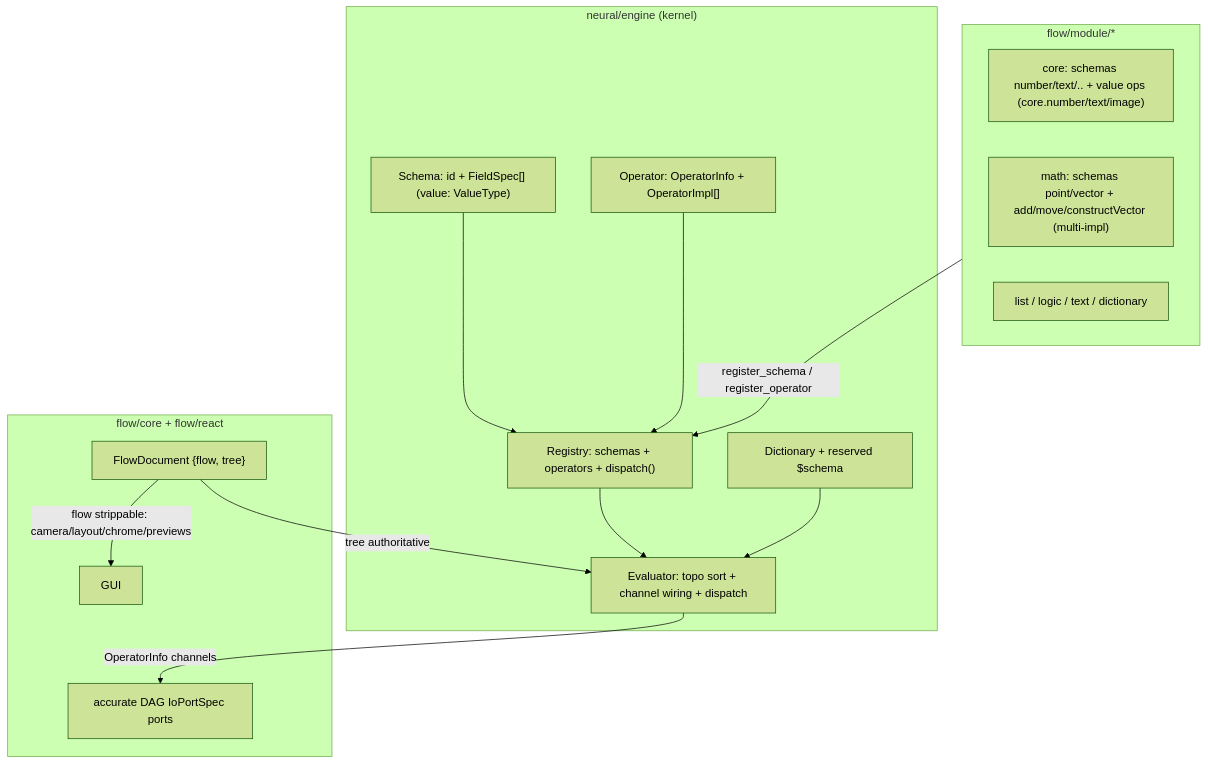
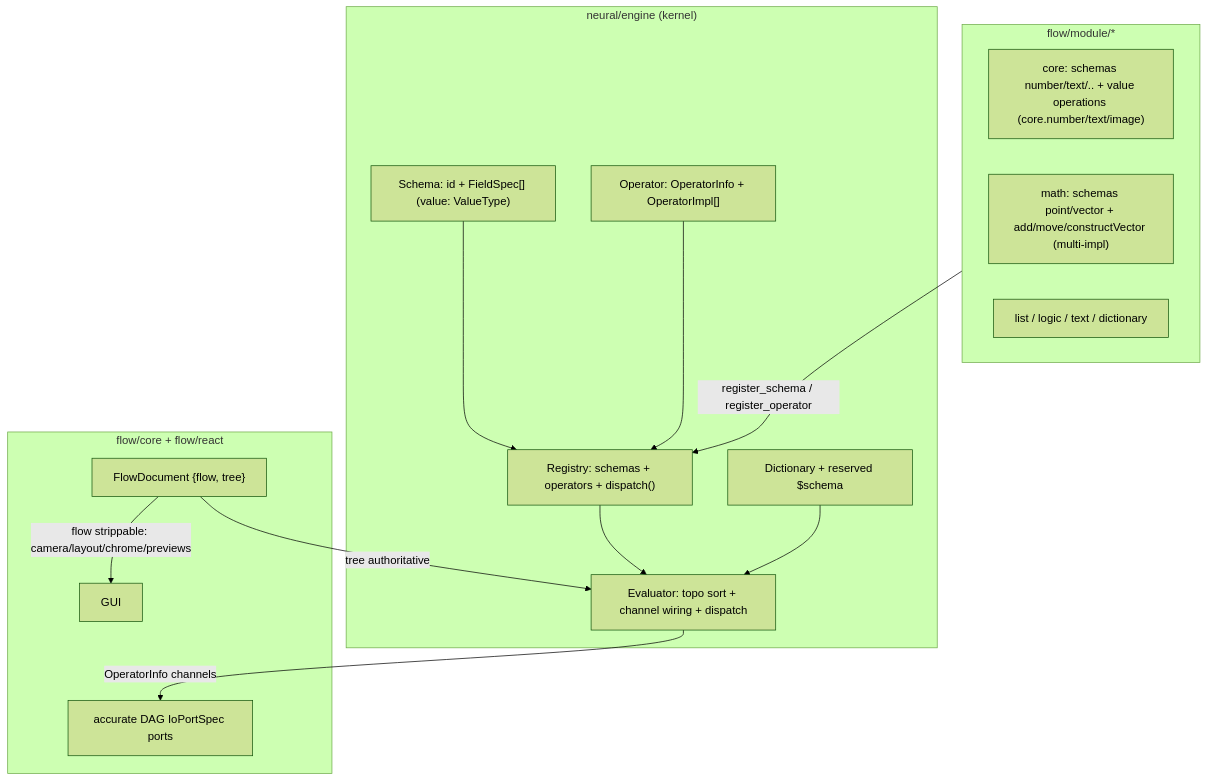
The diagram in .cursor/plans/neural_schemas_and_operators_f692e604.plan.md (usalu/semio), drawn with Mermaid (forest theme) before and after one commit. The commit also changed other lines of this file and 513 other files, not shown here.

````diff
--- a/.cursor/plans/neural_schemas_and_operators_f692e604.plan.md
+++ b/.cursor/plans/neural_schemas_and_operators_f692e604.plan.md
@@ -53,26 +53,26 @@
 ```mermaid
 flowchart TB
   subgraph neural["neural/engine (kernel)"]
     Schema["Schema: id + FieldSpec[] (value: ValueType)"]
     Dict["Dictionary + reserved $schema"]
-    Op["Operator: OperatorInfo + OperatorImpl[]"]
+    Operation["Operator: OperatorInfo + OperatorImpl[]"]
     Reg["Registry: schemas + operators + dispatch()"]
     Eval["Evaluator: topo sort + channel wiring + dispatch"]
     Schema --> Reg
-    Op --> Reg
+    Operation --> Reg
     Reg --> Eval
     Dict --> Eval
   end
   subgraph modules["flow/module/*"]
-    Core["core: schemas number/text/.. + value ops (core.number/text/image)"]
+    Core["core: schemas number/text/.. + value operations (core.number/text/image)"]
     Math["math: schemas point/vector + add/move/constructVector (multi-impl)"]
     Others["list / logic / text / dictionary"]
   end
   modules -->|register_schema / register_operator| Reg
   subgraph flow["flow/core + flow/react"]
     Doc["FlowDocument {flow, tree}"]
     Doc -->|tree authoritative| Eval
     Doc -->|flow strippable: camera/layout/chrome/previews| GUI
     Eval -->|OperatorInfo channels| Ports["accurate DAG IoPortSpec ports"]
   end
 ```
````
